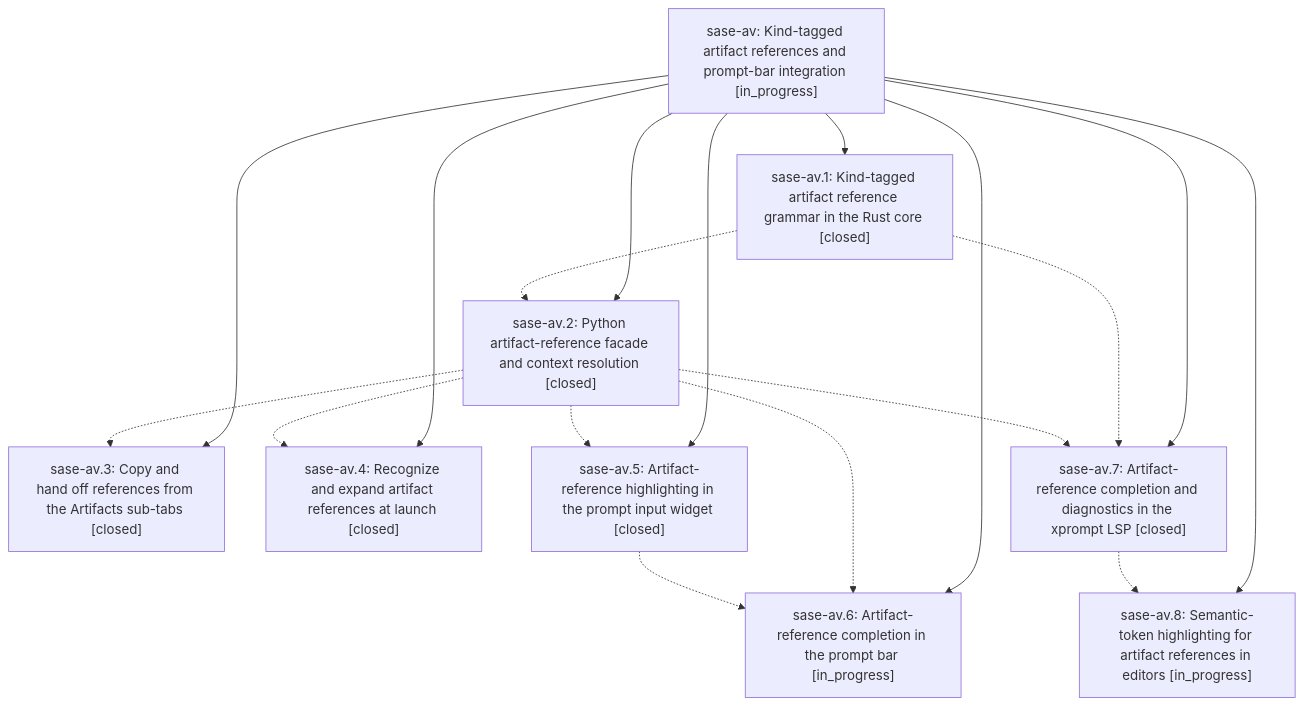
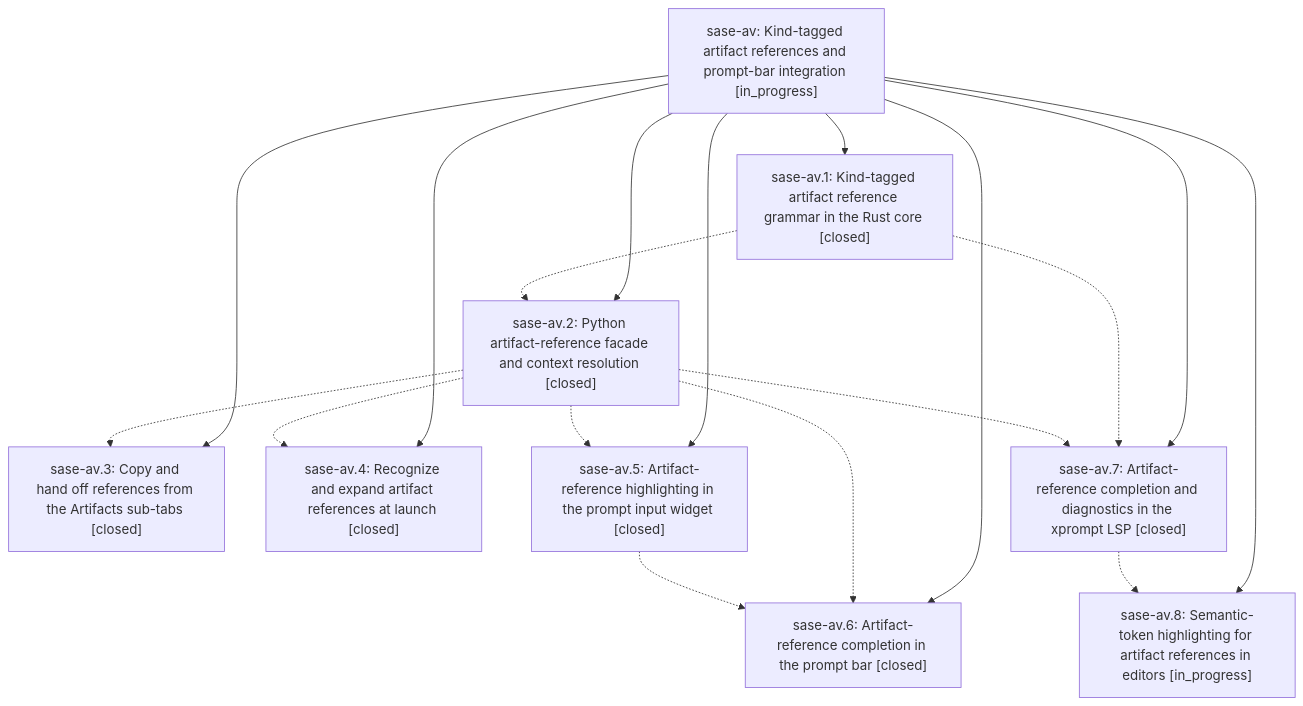
The diagram in pages/sase-av/README.md (sase-org/sase--beads), drawn with Mermaid before and after one commit. The commit also changed other lines of this file and 3 other files, not shown here.

````diff
--- a/pages/sase-av/README.md
+++ b/pages/sase-av/README.md
@@ -29,29 +29,29 @@
 ```mermaid
 flowchart TD
     n0["sase-av: Kind-tagged artifact references and prompt-bar integration [in_progress]"]
     n1["sase-av.1: Kind-tagged artifact reference grammar in the Rust core [closed]"]
     n2["sase-av.2: Python artifact-reference facade and context resolution [closed]"]
     n3["sase-av.3: Copy and hand off references from the Artifacts sub-tabs [closed]"]
     n4["sase-av.4: Recognize and expand artifact references at launch [closed]"]
     n5["sase-av.5: Artifact-reference highlighting in the prompt input widget [closed]"]
-    n6["sase-av.6: Artifact-reference completion in the prompt bar [in_progress]"]
+    n6["sase-av.6: Artifact-reference completion in the prompt bar [closed]"]
     n7["sase-av.7: Artifact-reference completion and diagnostics in the xprompt LSP [closed]"]
     n8["sase-av.8: Semantic-token highlighting for artifact references in editors [in_progress]"]
     n0 --> n1
     n0 --> n2
     n0 --> n3
     n0 --> n4
     n0 --> n5
     n0 --> n6
     n0 --> n7
     n0 --> n8
     n1 -.-> n2
     n1 -.-> n7
     n2 -.-> n3
     n2 -.-> n4
     n2 -.-> n5
     n2 -.-> n6
     n2 -.-> n7
     n5 -.-> n6
     n7 -.-> n8
 ```
````
